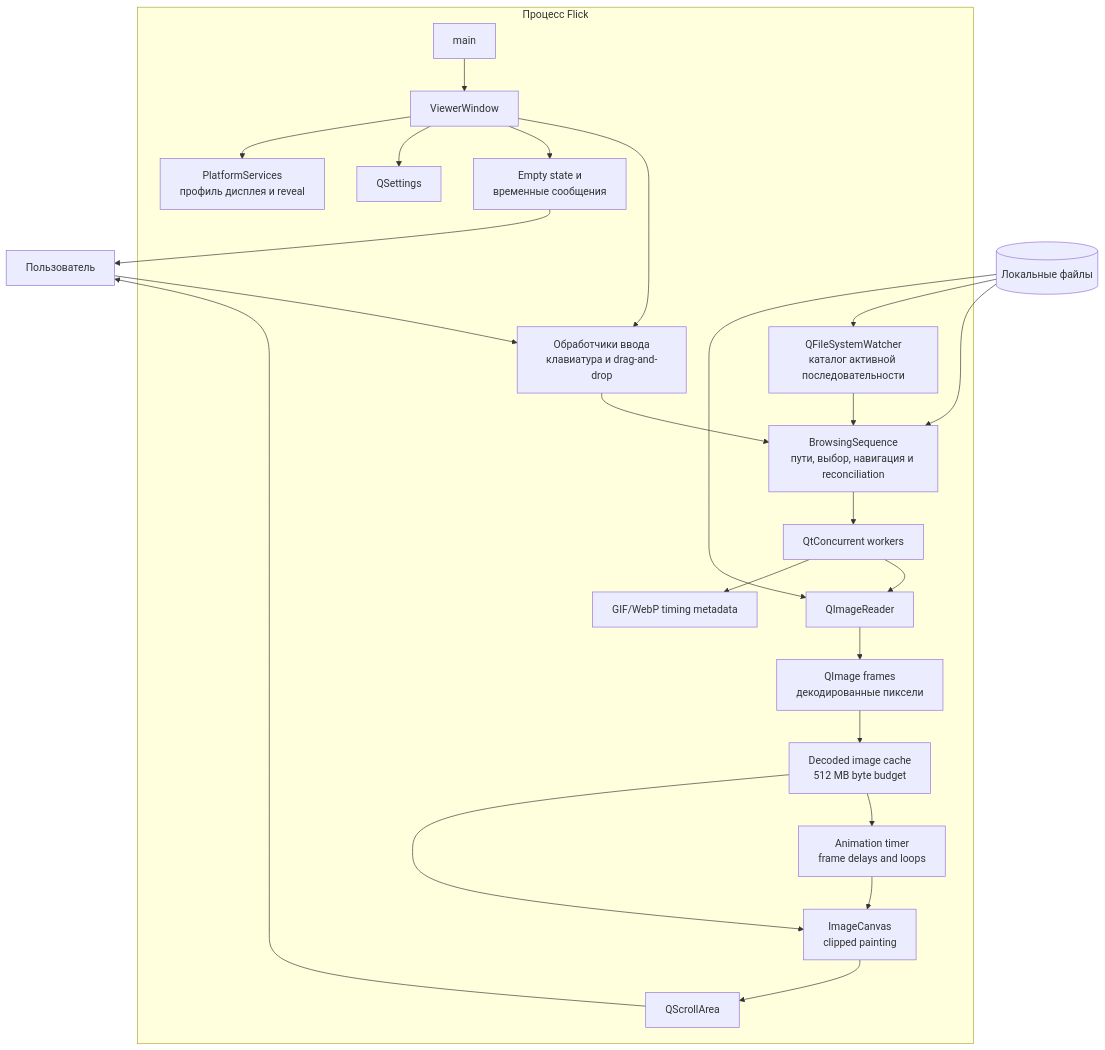
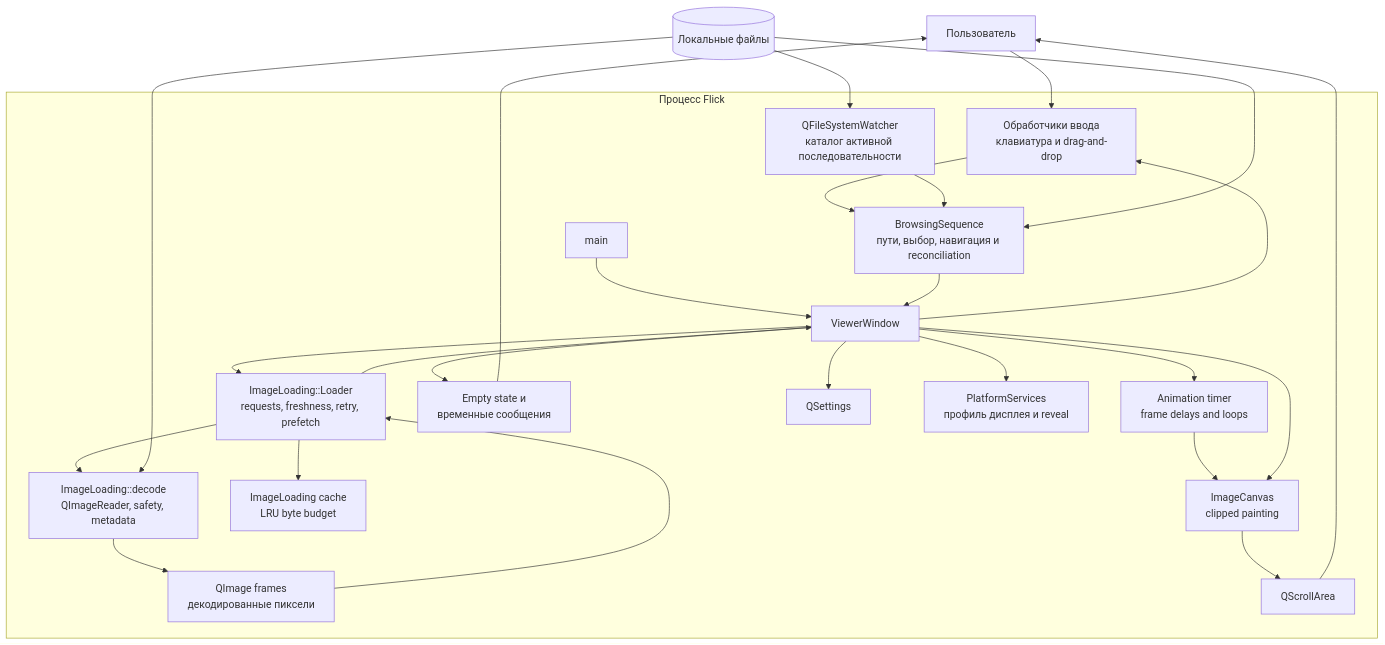
The first of 4 diagrams in docs/architecture.md (Lannselot/Flick), drawn with Mermaid before and after one commit. The commit also changed other lines of this file and 2 other files, not shown here.

Commit message:
Contract image lifecycle legacy state

````diff
--- a/docs/architecture.md
+++ b/docs/architecture.md
@@ -8,47 +9,48 @@
 ```mermaid
 flowchart TB
     User[Пользователь]
 
     subgraph Flick[Процесс Flick]
         Main[main]
         Window[ViewerWindow]
         Input[Обработчики ввода<br/>клавиатура и drag-and-drop]
         Sequence[BrowsingSequence<br/>пути, выбор, навигация и reconciliation]
         Watcher[QFileSystemWatcher<br/>каталог активной последовательности]
-        Workers[QtConcurrent workers]
-        Reader[QImageReader]
-        Metadata[GIF/WebP timing metadata]
-        Cache[Decoded image cache<br/>512 MB byte budget]
+        Loading[ImageLoading::Loader<br/>requests, freshness, retry, prefetch]
+        Decode[ImageLoading::decode<br/>QImageReader, safety, metadata]
+        Cache[ImageLoading cache<br/>LRU byte budget]
         Image[QImage frames<br/>декодированные пиксели]
         Animation[Animation timer<br/>frame delays and loops]
         Canvas[ImageCanvas<br/>clipped painting]
         Viewport[QScrollArea]
         Feedback[Empty state и<br/>временные сообщения]
         Settings[QSettings]
         Platform[PlatformServices<br/>профиль дисплея и reveal]
 
         Main --> Window
         Window --> Input
         Input --> Sequence
         Watcher --> Sequence
-        Sequence --> Workers
-        Workers --> Reader
-        Workers --> Metadata
-        Reader --> Image
-        Image --> Cache
-        Cache --> Animation
+        Window --> Loading
+        Sequence --> Window
+        Loading --> Decode
+        Decode --> Image
+        Image --> Loading
+        Loading --> Cache
+        Loading --> Window
+        Window --> Animation
         Animation --> Canvas
-        Cache --> Canvas
+        Window --> Canvas
         Canvas --> Viewport
         Window --> Feedback
         Window --> Settings
         Window --> Platform
     end
 
     Files[(Локальные файлы)] --> Sequence
     Files --> Watcher
-    Files --> Reader
+    Files --> Decode
     User --> Input
     Viewport --> User
     Feedback --> User
 ```
````
